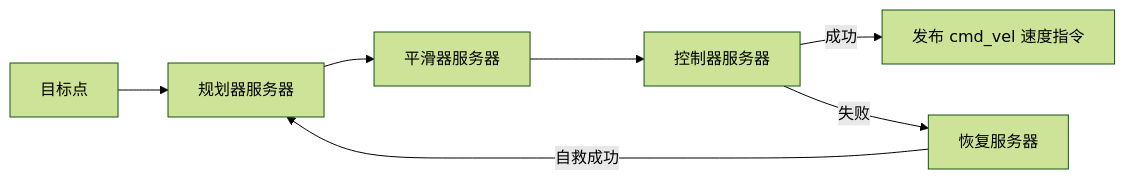
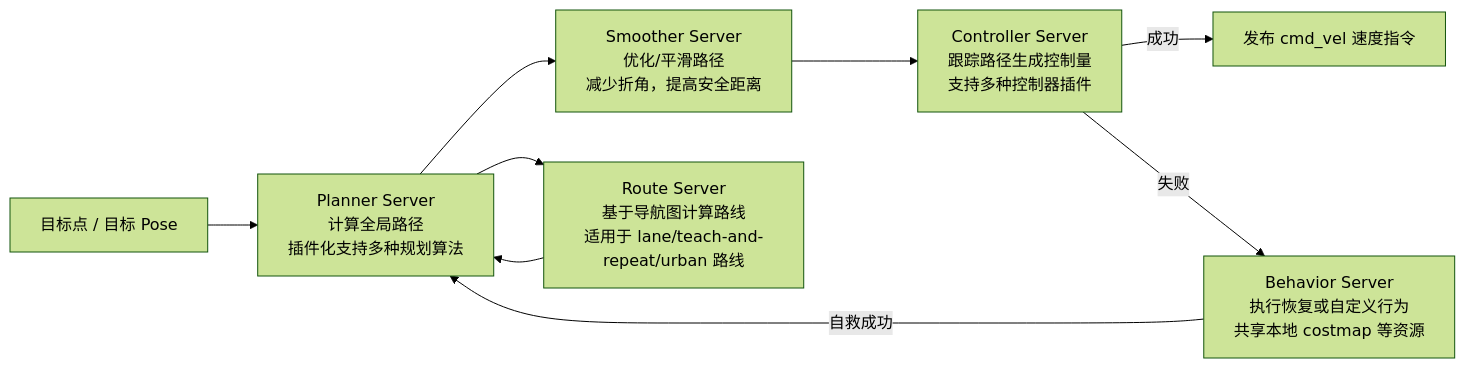
One commit to AcidYoghurt/Navigation2_study_notes changed the diagram in nav2.md. Above: the diagram before and after it, drawn with Mermaid (forest theme). The commit also changed other lines of this file and 1 other file, not shown here.

````diff
--- a/nav2.md
+++ b/nav2.md
@@ -9,10 +9,11 @@
   ```mermaid
   flowchart LR
-      Goal[目标点] --> Planner[规划器服务器]
-      Planner --> Smoother[平滑器服务器]
-      Smoother --> Controller[控制器服务器]
+      Goal[目标点 / 目标 Pose] --> Planner[Planner Server<br>计算全局路径<br>插件化支持多种规划算法]
+      Planner --> Smoother[Smoother Server<br>优化/平滑路径<br>减少折角，提高安全距离]
+      Smoother --> Controller[Controller Server<br>跟踪路径生成控制量<br>支持多种控制器插件]
       Controller -->|成功| CmdVel[发布 cmd_vel 速度指令]
-      Controller -->|失败| Recovery[恢复服务器]
-      Recovery -->|自救成功| Planner
-  
+      Controller -->|失败| Behavior[Behavior Server<br>执行恢复或自定义行为<br>共享本地 costmap 等资源]
+      Behavior -->|自救成功| Planner
+      Planner --> Route[Route Server<br>基于导航图计算路线<br>适用于 lane/teach-and-repeat/urban 路线]
+      Route --> Planner
   ```
````
